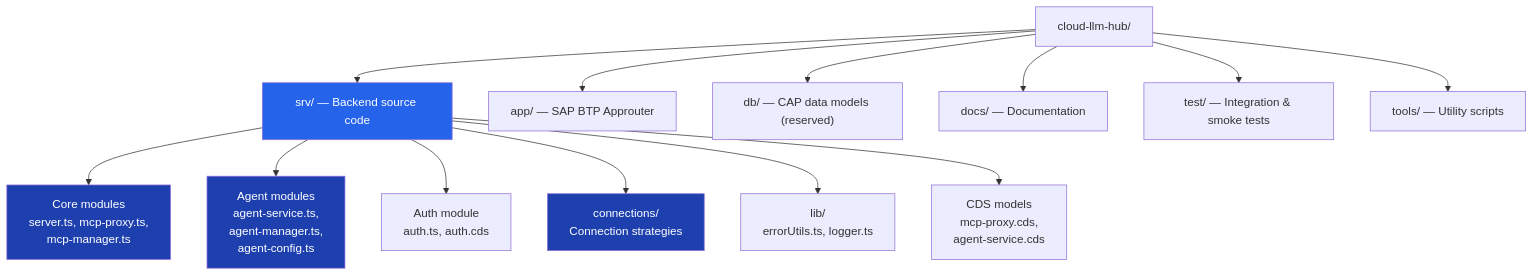
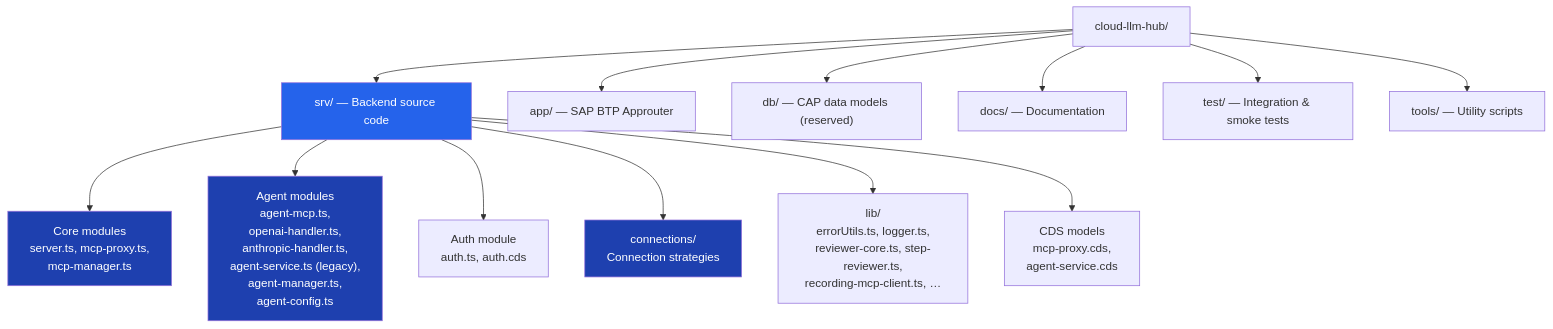
Before and after one commit to fr0ster/cloud-llm-hub: the third of 24 diagrams in docs/architecture/ARCHITECTURE.md, drawn with Mermaid. The commit also changed other lines of this file, not shown here.

First line of the commit message:
docs(architecture): correct stale agent-surface / file-layout / ToC to current reality (PR-186)

````diff
--- a/docs/architecture/ARCHITECTURE.md
+++ b/docs/architecture/ARCHITECTURE.md
@@ -124,23 +136,23 @@
 ```mermaid
 graph TD
     ROOT["cloud-llm-hub/"]
 
     ROOT --> SRV_DIR["srv/ — Backend source code"]
     ROOT --> APP_DIR["app/ — SAP BTP Approuter"]
     ROOT --> DB_DIR["db/ — CAP data models (reserved)"]
     ROOT --> DOCS_DIR["docs/ — Documentation"]
     ROOT --> TEST_DIR["test/ — Integration & smoke tests"]
     ROOT --> TOOLS_DIR["tools/ — Utility scripts"]
 
     SRV_DIR --> SRV_CORE["Core modules<br/>server.ts, mcp-proxy.ts,<br/>mcp-manager.ts"]
-    SRV_DIR --> SRV_AGENT["Agent modules<br/>agent-service.ts,<br/>agent-manager.ts,<br/>agent-config.ts"]
+    SRV_DIR --> SRV_AGENT["Agent modules<br/>agent-mcp.ts,<br/>openai-handler.ts,<br/>anthropic-handler.ts,<br/>agent-service.ts (legacy),<br/>agent-manager.ts,<br/>agent-config.ts"]
     SRV_DIR --> SRV_AUTH["Auth module<br/>auth.ts, auth.cds"]
     SRV_DIR --> SRV_CONN["connections/<br/>Connection strategies"]
-    SRV_DIR --> SRV_LIB["lib/<br/>errorUtils.ts, logger.ts"]
+    SRV_DIR --> SRV_LIB["lib/<br/>errorUtils.ts, logger.ts,<br/>reviewer-core.ts, step-reviewer.ts,<br/>recording-mcp-client.ts, …"]
     SRV_DIR --> SRV_CDS["CDS models<br/>mcp-proxy.cds,<br/>agent-service.cds"]
 
     style SRV_DIR fill:#2563eb,color:#fff
     style SRV_CORE fill:#1e40af,color:#fff
     style SRV_AGENT fill:#1e40af,color:#fff
     style SRV_CONN fill:#1e40af,color:#fff
 ```
````
